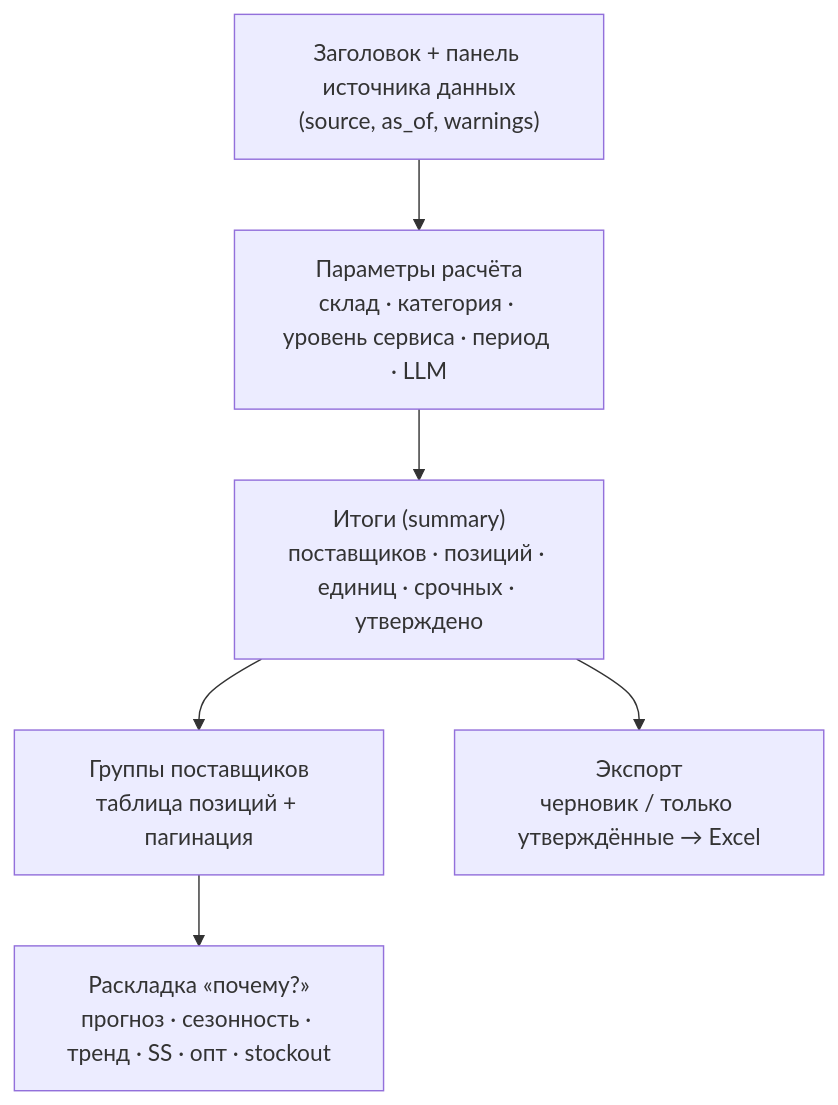
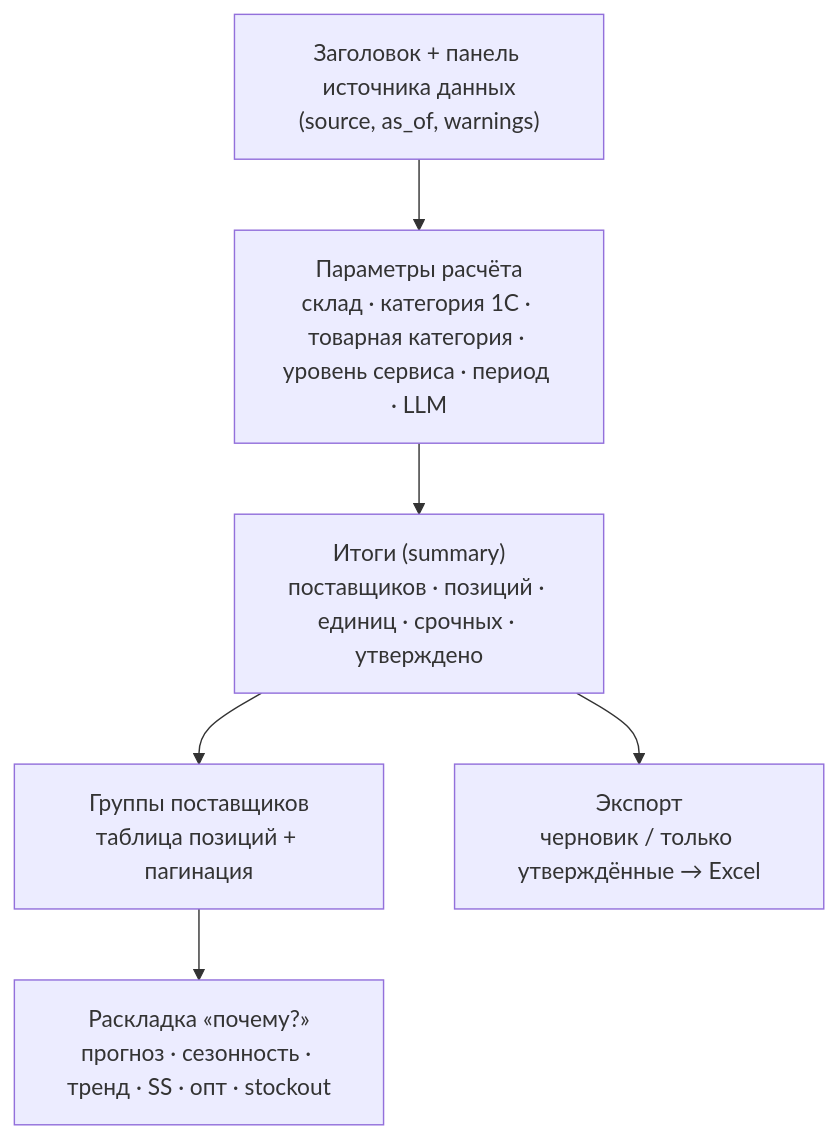
The diagram in docs/ФРОНТЕНД.md (BAITC-Hacks/hack-a84ff6d0-hubtech), drawn with Mermaid before and after one commit. The commit also changed other lines of this file and 32 other files, not shown here.

````diff
--- a/docs/ФРОНТЕНД.md
+++ b/docs/ФРОНТЕНД.md
@@ -20,11 +20,11 @@
 ```mermaid
 flowchart TD
     H["Заголовок + панель источника данных<br/>(source, as_of, warnings)"]
-    C["Параметры расчёта<br/>склад · категория · уровень сервиса · период · LLM"]
+    C["Параметры расчёта<br/>склад · категория 1С · товарная категория · уровень сервиса · период · LLM"]
     R["Итоги (summary)<br/>поставщиков · позиций · единиц · срочных · утверждено"]
     G["Группы поставщиков<br/>таблица позиций + пагинация"]
     E["Раскладка «почему?»<br/>прогноз · сезонность · тренд · SS · опт · stockout"]
     X["Экспорт<br/>черновик / только утверждённые → Excel"]
     H --> C --> R --> G --> E
     R --> X
 ```
````
